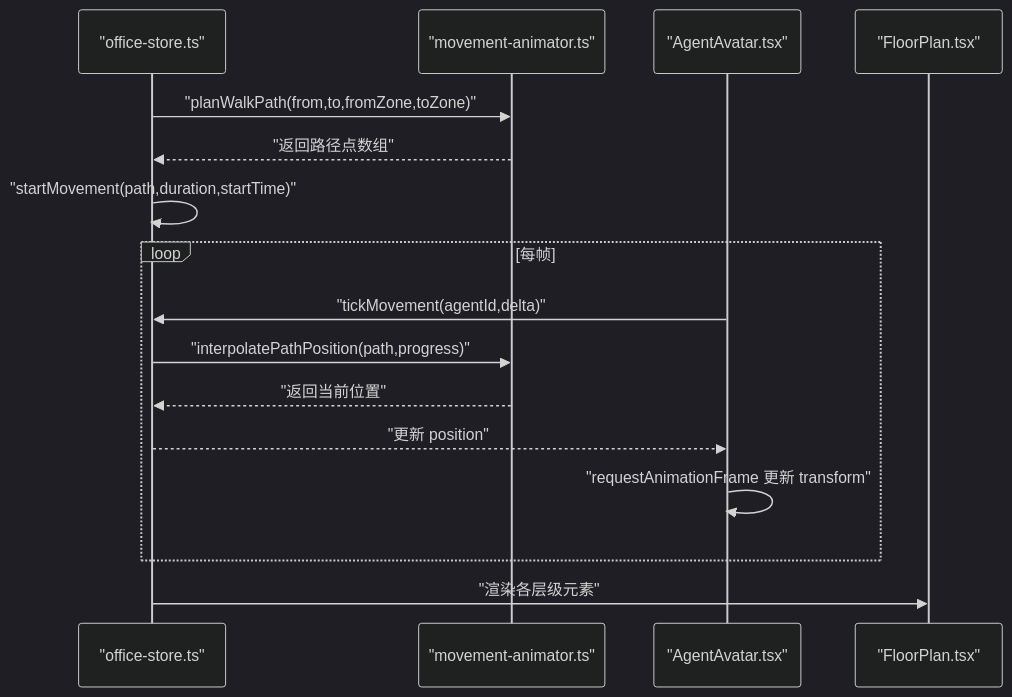
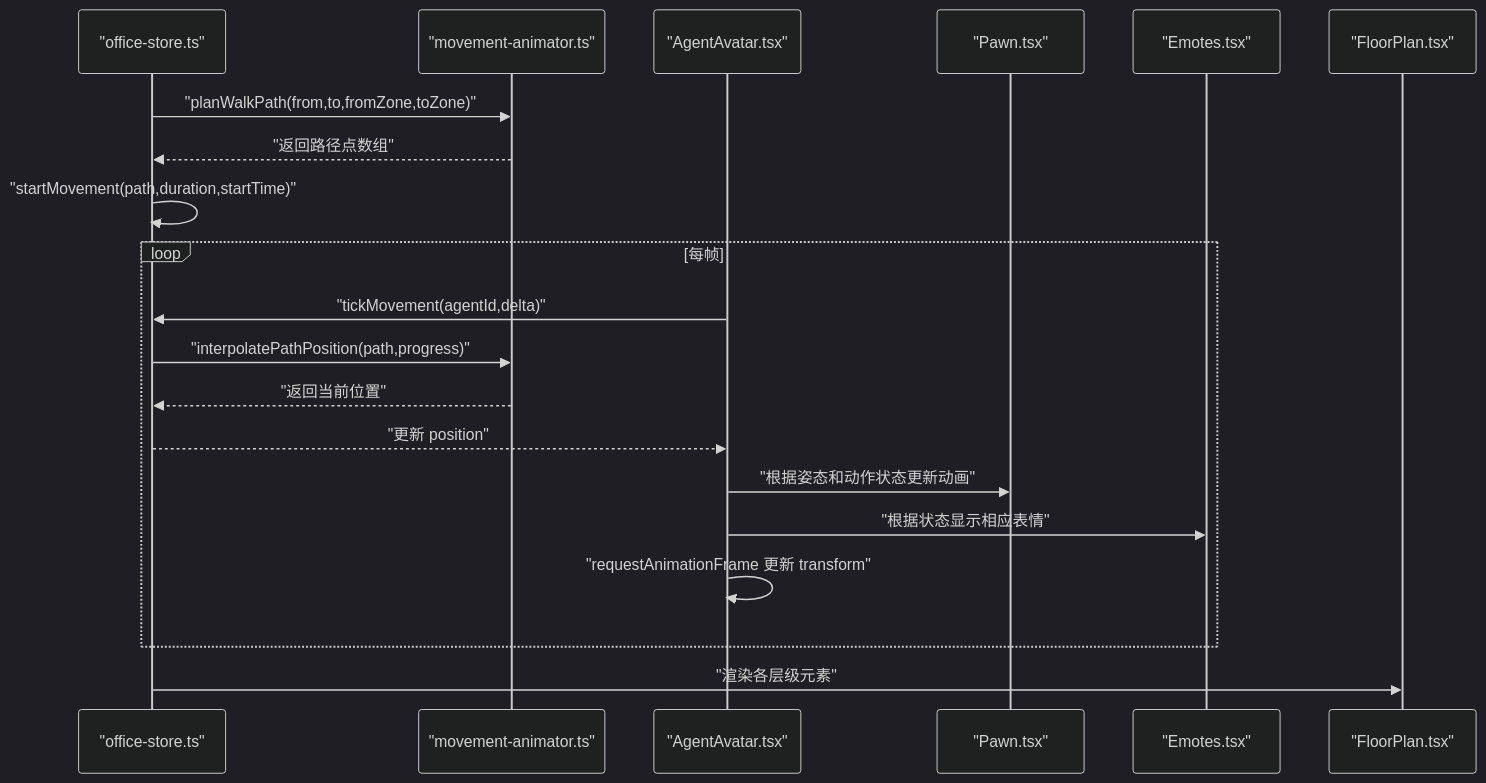
One commit to WW-AI-Lab/openclaw-office changed the second of 10 diagrams in .qoder/repowiki/zh/content/虚拟办公室系统/动画效果系统.md. Above: the diagram before and after it, drawn with Mermaid (dark theme). The commit also changed other lines of this file and 15 other files, not shown here.

````diff
--- a/.qoder/repowiki/zh/content/虚拟办公室系统/动画效果系统.md
+++ b/.qoder/repowiki/zh/content/虚拟办公室系统/动画效果系统.md
@@ -105,18 +130,22 @@
 ```mermaid
 sequenceDiagram
 participant Store as "office-store.ts"
 participant Animator as "movement-animator.ts"
 participant Avatar as "AgentAvatar.tsx"
+participant Pawn as "Pawn.tsx"
+participant Emotes as "Emotes.tsx"
 participant Scene as "FloorPlan.tsx"
 Store->>Animator : "planWalkPath(from,to,fromZone,toZone)"
 Animator-->>Store : "返回路径点数组"
 Store->>Store : "startMovement(path,duration,startTime)"
 loop 每帧
 Avatar->>Store : "tickMovement(agentId,delta)"
 Store->>Animator : "interpolatePathPosition(path,progress)"
 Animator-->>Store : "返回当前位置"
 Store-->>Avatar : "更新 position"
+Avatar->>Pawn : "根据姿态和动作状态更新动画"
+Avatar->>Emotes : "根据状态显示相应表情"
 Avatar->>Avatar : "requestAnimationFrame 更新 transform"
 end
 Store->>Scene : "渲染各层级元素"
 ```
````
